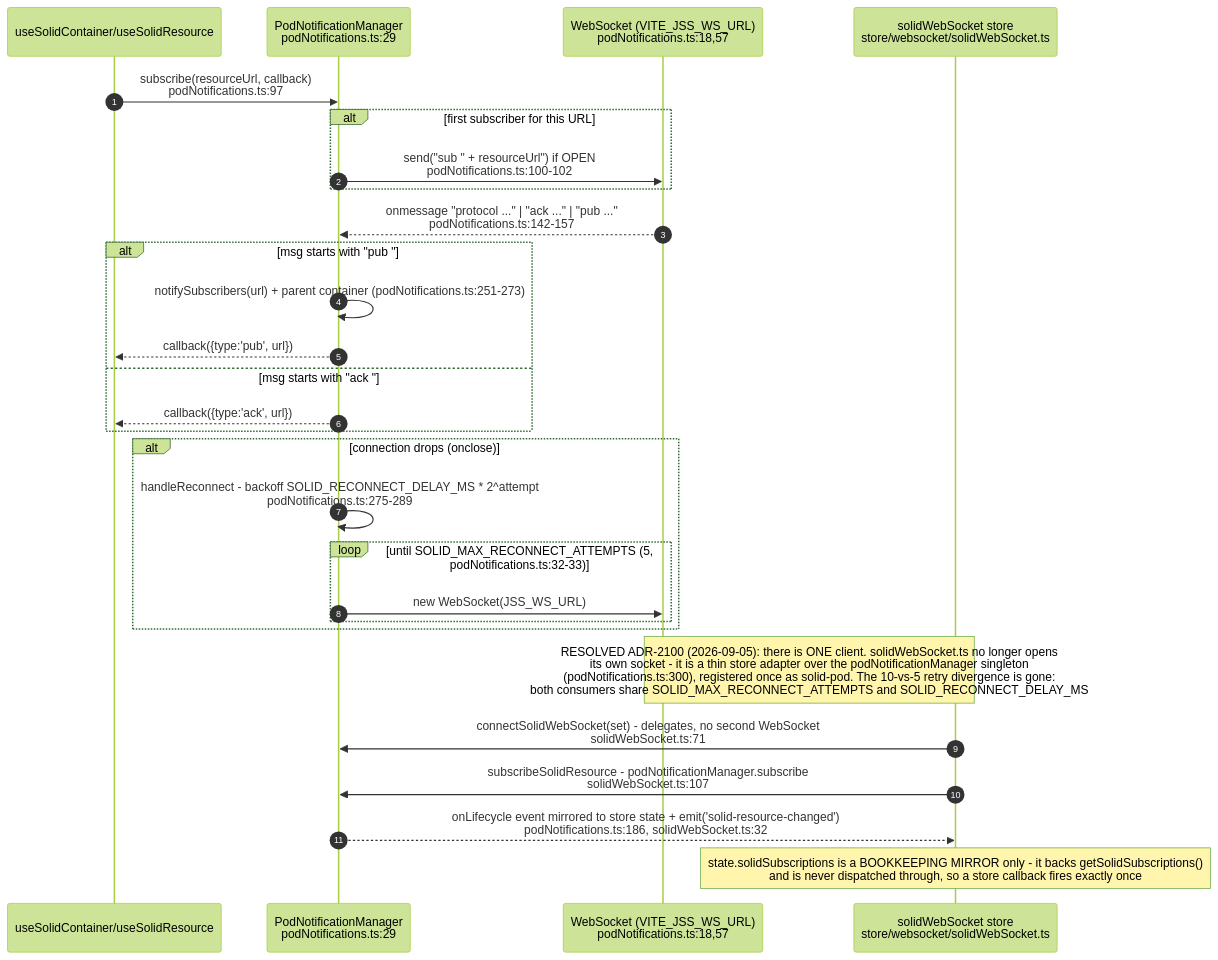
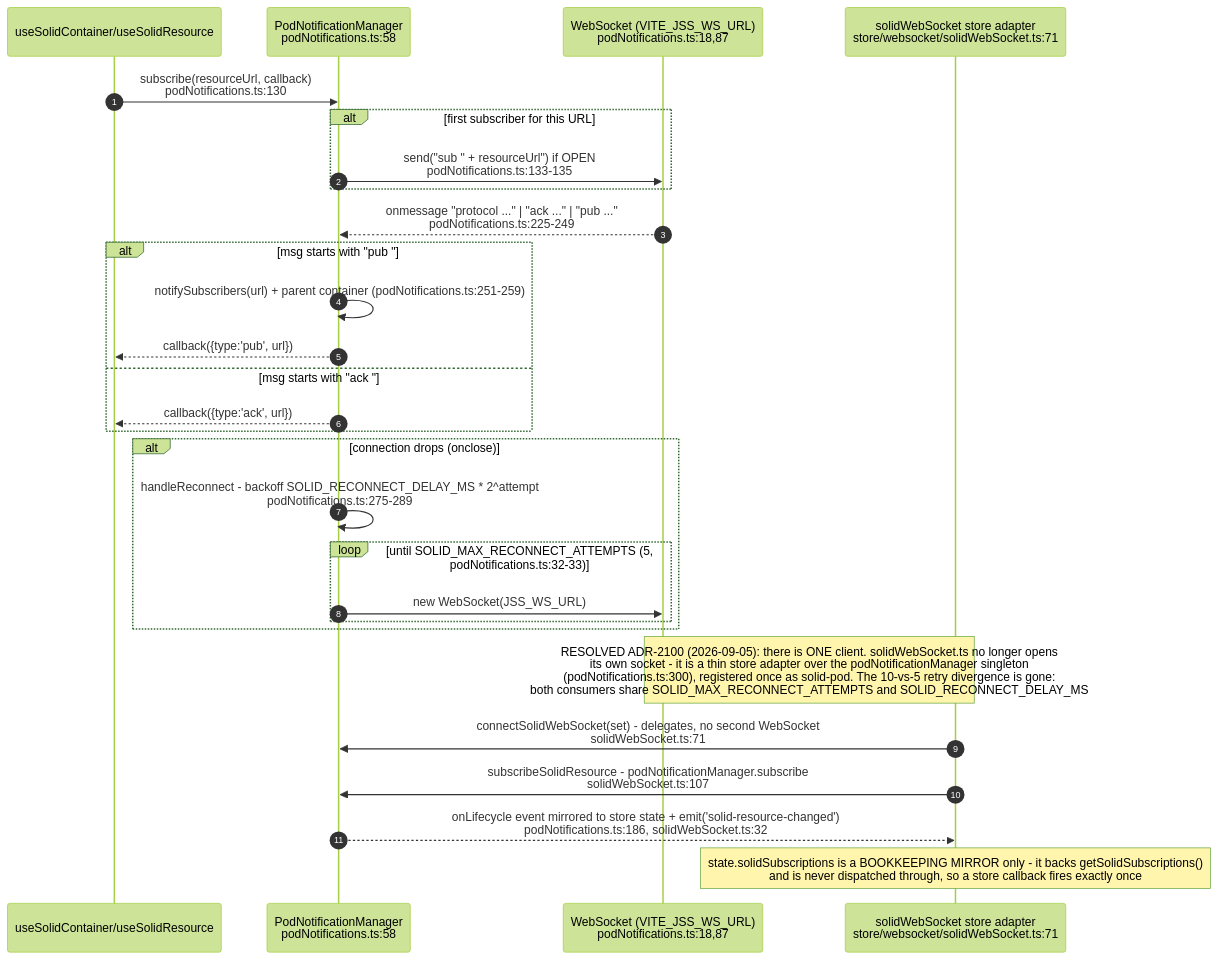
Before and after one commit to DreamLab-AI/AR-AI-Knowledge-Graph: the ninth of 12 diagrams in docs/diagrams/visionclaw/26-solid-pod-and-jss.md, drawn with Mermaid (forest theme). The commit also changed other lines of this file and 73 other files, not shown here.

First line of the commit message:
docs(diagrams): re-verify all 71 topic files against HEAD; add --cite-check

````diff
--- a/docs/diagrams/visionclaw/26-solid-pod-and-jss.md
+++ b/docs/diagrams/visionclaw/26-solid-pod-and-jss.md
@@ -377,33 +377,33 @@
 ```mermaid
 sequenceDiagram
     autonumber
     participant Hook as useSolidContainer/useSolidResource
-    participant PN as PodNotificationManager<br/>podNotifications.ts:29
-    participant WS as WebSocket (VITE_JSS_WS_URL)<br/>podNotifications.ts:18,57
-    participant SW as solidWebSocket store<br/>store/websocket/solidWebSocket.ts
+    participant PN as PodNotificationManager<br/>podNotifications.ts:58
+    participant WS as WebSocket (VITE_JSS_WS_URL)<br/>podNotifications.ts:18,87
+    participant SW as solidWebSocket store adapter<br/>store/websocket/solidWebSocket.ts:71
 
-    Hook->>PN: subscribe(resourceUrl, callback)<br/>podNotifications.ts:97
+    Hook->>PN: subscribe(resourceUrl, callback)<br/>podNotifications.ts:130
     alt first subscriber for this URL
-        PN->>WS: send("sub " + resourceUrl") if OPEN<br/>podNotifications.ts:100-102
+        PN->>WS: send("sub " + resourceUrl") if OPEN<br/>podNotifications.ts:133-135
     end
-    WS-->>PN: onmessage "protocol ..." | "ack ..." | "pub ..."<br/>podNotifications.ts:142-157
+    WS-->>PN: onmessage "protocol ..." | "ack ..." | "pub ..."<br/>podNotifications.ts:225-249
     alt msg starts with "pub "
-        PN->>PN: notifySubscribers(url) + parent container (podNotifications.ts:251-273)
+        PN->>PN: notifySubscribers(url) + parent container (podNotifications.ts:251-259)
         PN-->>Hook: callback({type:'pub', url})
     else msg starts with "ack "
         PN-->>Hook: callback({type:'ack', url})
     end
 
     alt connection drops (onclose)
         PN->>PN: handleReconnect - backoff SOLID_RECONNECT_DELAY_MS * 2^attempt<br/>podNotifications.ts:275-289
         loop until SOLID_MAX_RECONNECT_ATTEMPTS (5, podNotifications.ts:32-33)
             PN->>WS: new WebSocket(JSS_WS_URL)
         end
     end
 
     Note over SW,WS: RESOLVED ADR-2100 (2026-09-05): there is ONE client. solidWebSocket.ts no longer opens<br/>its own socket - it is a thin store adapter over the podNotificationManager singleton<br/>(podNotifications.ts:300), registered once as solid-pod. The 10-vs-5 retry divergence is gone:<br/>both consumers share SOLID_MAX_RECONNECT_ATTEMPTS and SOLID_RECONNECT_DELAY_MS
     SW->>PN: connectSolidWebSocket(set) - delegates, no second WebSocket<br/>solidWebSocket.ts:71
     SW->>PN: subscribeSolidResource - podNotificationManager.subscribe<br/>solidWebSocket.ts:107
     PN-->>SW: onLifecycle event mirrored to store state + emit('solid-resource-changed')<br/>podNotifications.ts:186, solidWebSocket.ts:32
     Note over SW: state.solidSubscriptions is a BOOKKEEPING MIRROR only - it backs getSolidSubscriptions()<br/>and is never dispatched through, so a store callback fires exactly once
 ```
````
